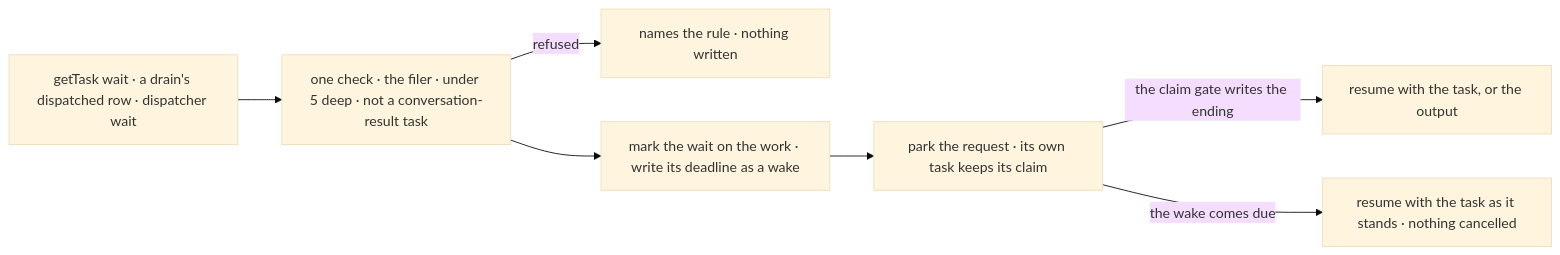
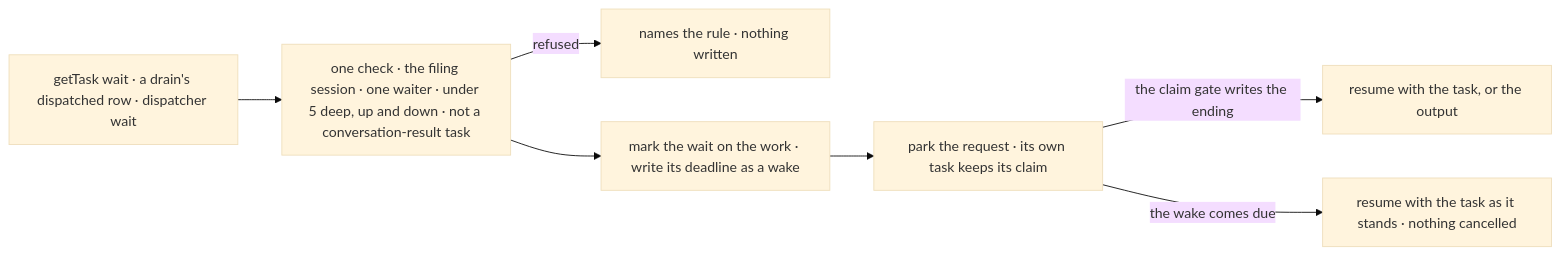
The second of 2 diagrams in specs/issues/FIX-2082/SPEC.md (fixpoint-labs/flow-state-dev), drawn with Mermaid (base theme) before and after one commit. The commit also changed other lines of this file and 1 other file, not shown here.

First line of the commit message:
spec(FIX-2082): review round 1 — depth checked at both ends, exactly-once ending, filing-session stamp

````diff
--- a/specs/issues/FIX-2082/SPEC.md
+++ b/specs/issues/FIX-2082/SPEC.md
@@ -94,9 +94,9 @@
 ```mermaid
 flowchart LR
-  G["getTask wait · a drain's dispatched row · dispatcher wait"] --> C["one check · the filer · under 5 deep · not a conversation-result task"]
+  G["getTask wait · a drain's dispatched row · dispatcher wait"] --> C["one check · the filing session · one waiter · under 5 deep, up and down · not a conversation-result task"]
   C -->|"refused"| N["names the rule · nothing written"]
   C --> M["mark the wait on the work · write its deadline as a wake"]
   M --> P["park the request · its own task keeps its claim"]
   P -->|"the claim gate writes the ending"| R["resume with the task, or the output"]
   P -->|"the wake comes due"| S["resume with the task as it stands · nothing cancelled"]
 ```
````
